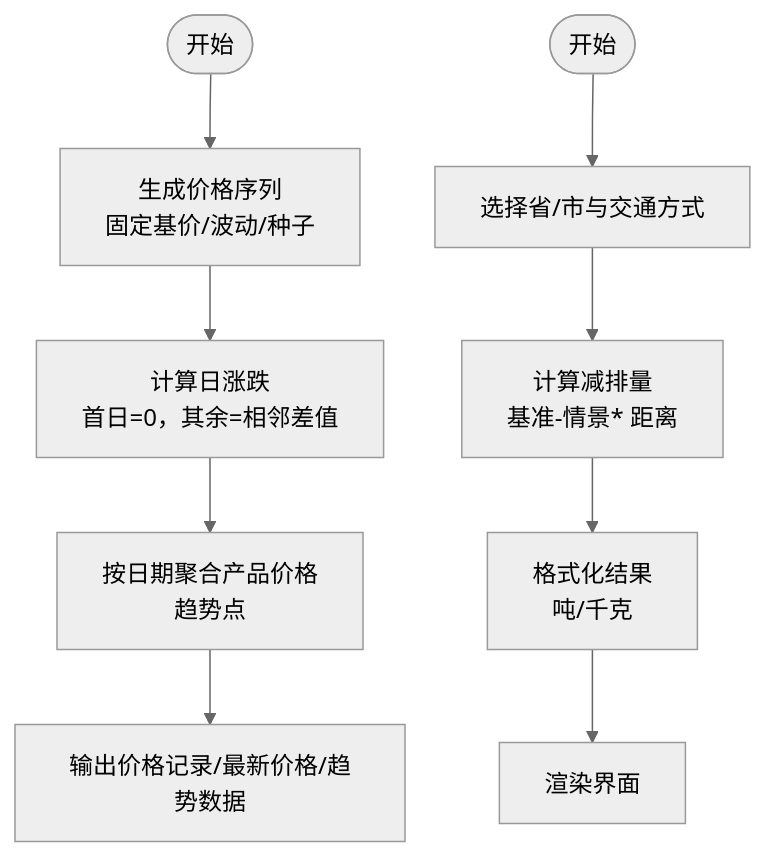
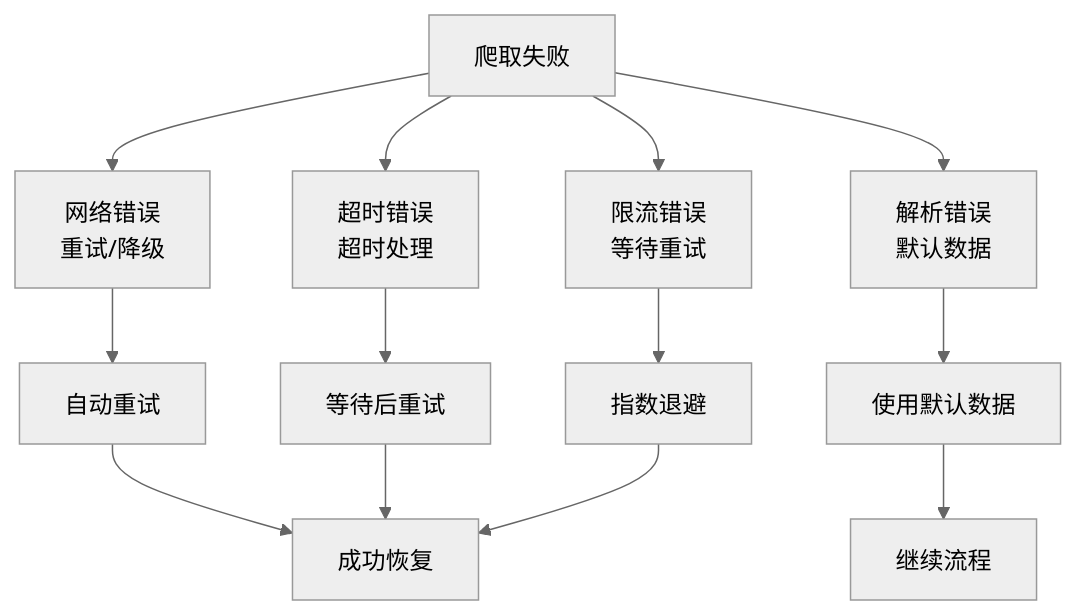
The fifth of 6 diagrams in .qoder/repowiki/zh/content/数据管理/数据管理.md (liangxuanliang-cmd/carbon-info-agent), drawn with Mermaid (neutral theme) before and after one commit. The commit also changed other lines of this file and 14 other files, not shown here.

````diff
--- a/.qoder/repowiki/zh/content/数据管理/数据管理.md
+++ b/.qoder/repowiki/zh/content/数据管理/数据管理.md
@@ -241,11 +476,15 @@
 ```mermaid
 flowchart TD
-Start(["开始"]) --> Gen["生成价格序列<br/>固定基价/波动/种子"]
-Gen --> Change["计算日涨跌<br/>首日=0，其余=相邻差值"]
-Change --> Trend["按日期聚合产品价格<br/>趋势点"]
-Trend --> Output["输出价格记录/最新价格/趋势数据"]
-CalcStart(["开始"]) --> FetchMode["选择省/市与交通方式"]
-FetchMode --> Compute["计算减排量<br/>基准-情景* 距离"]
-Compute --> Format["格式化结果<br/>吨/千克"]
-Format --> Render["渲染界面"]
+Error["爬取失败"] --> Network["网络错误<br/>重试/降级"]
+Error --> ParseErr["解析错误<br/>默认数据"]
+Error --> Timeout["超时错误<br/>超时处理"]
+Error --> Limit["限流错误<br/>等待重试"]
+Network --> Retry["自动重试"]
+ParseErr --> Default["使用默认数据"]
+Timeout --> Wait["等待后重试"]
+Limit --> Backoff["指数退避"]
+Retry --> Success["成功恢复"]
+Default --> Continue["继续流程"]
+Wait --> Success
+Backoff --> Success
 ```
````
